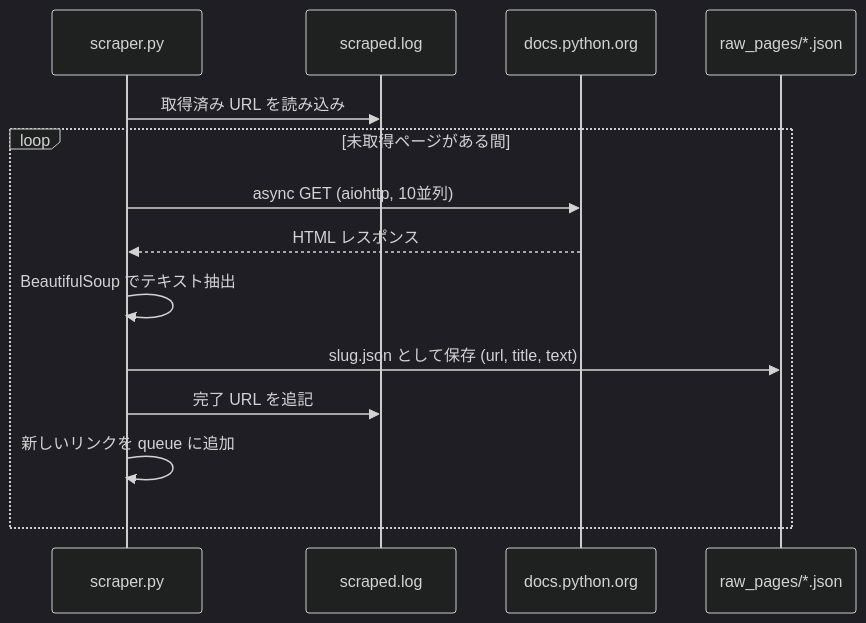
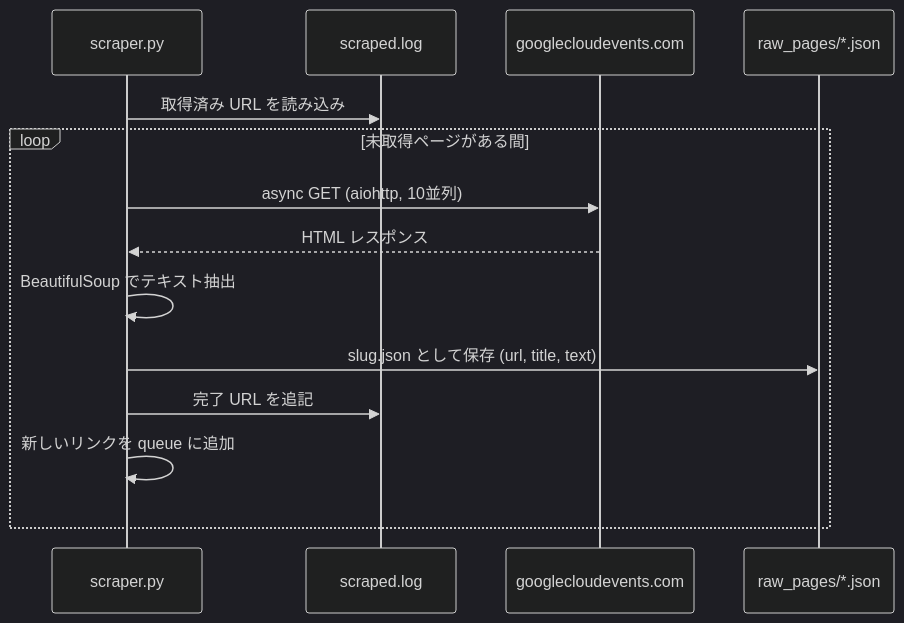
The first of 3 diagrams in README.md (jdd-jaba/rag_poc), drawn with Mermaid (dark theme) before and after one commit. The commit also changed other lines of this file and 4 other files, not shown here.

````diff
--- a/README.md
+++ b/README.md
@@ -11,17 +11,17 @@
 ```mermaid
 sequenceDiagram
     participant S as scraper.py
     participant L as scraped.log
-    participant W as docs.python.org
+    participant W as googlecloudevents.com
     participant F as raw_pages/*.json
 
     S->>L: 取得済み URL を読み込み
     loop 未取得ページがある間
         S->>W: async GET (aiohttp, 10並列)
         W-->>S: HTML レスポンス
         S->>S: BeautifulSoup でテキスト抽出
         S->>F: slug.json として保存 (url, title, text)
         S->>L: 完了 URL を追記
         S->>S: 新しいリンクを queue に追加
     end
 ```
````
